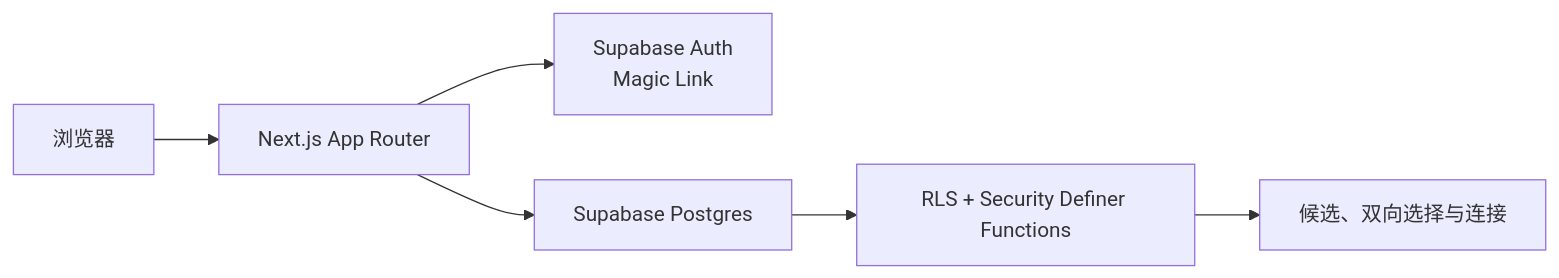
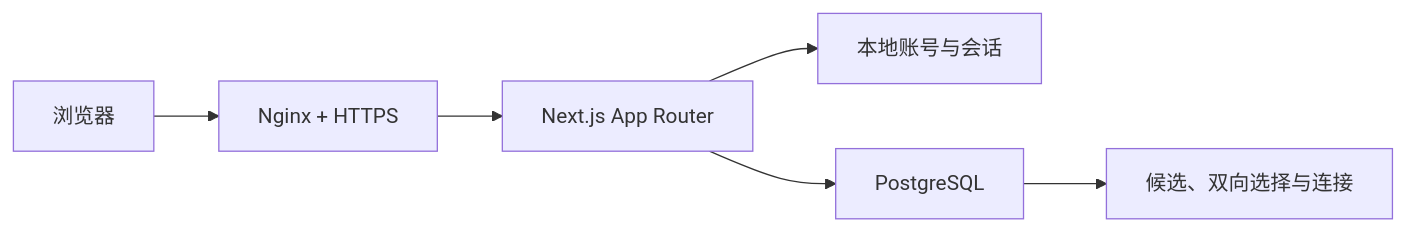
Before and after one commit to rfdiosuao/birthday-match: the second of 2 diagrams in README.md, drawn with Mermaid. The commit also changed other lines of this file and 43 other files, not shown here.

````diff
--- a/README.md
+++ b/README.md
@@ -95,8 +72,8 @@
 ```mermaid
 flowchart LR
-    Browser["浏览器"] --> Next["Next.js App Router"]
-    Next --> Auth["Supabase Auth\nMagic Link"]
-    Next --> DB["Supabase Postgres"]
-    DB --> RLS["RLS + Security Definer Functions"]
-    RLS --> Match["候选、双向选择与连接"]
+    Browser["浏览器"] --> Nginx["Nginx + HTTPS"]
+    Nginx --> Next["Next.js App Router"]
+    Next --> Auth["本地账号与会话"]
+    Next --> DB["PostgreSQL"]
+    DB --> Match["候选、双向选择与连接"]
 ```
````
